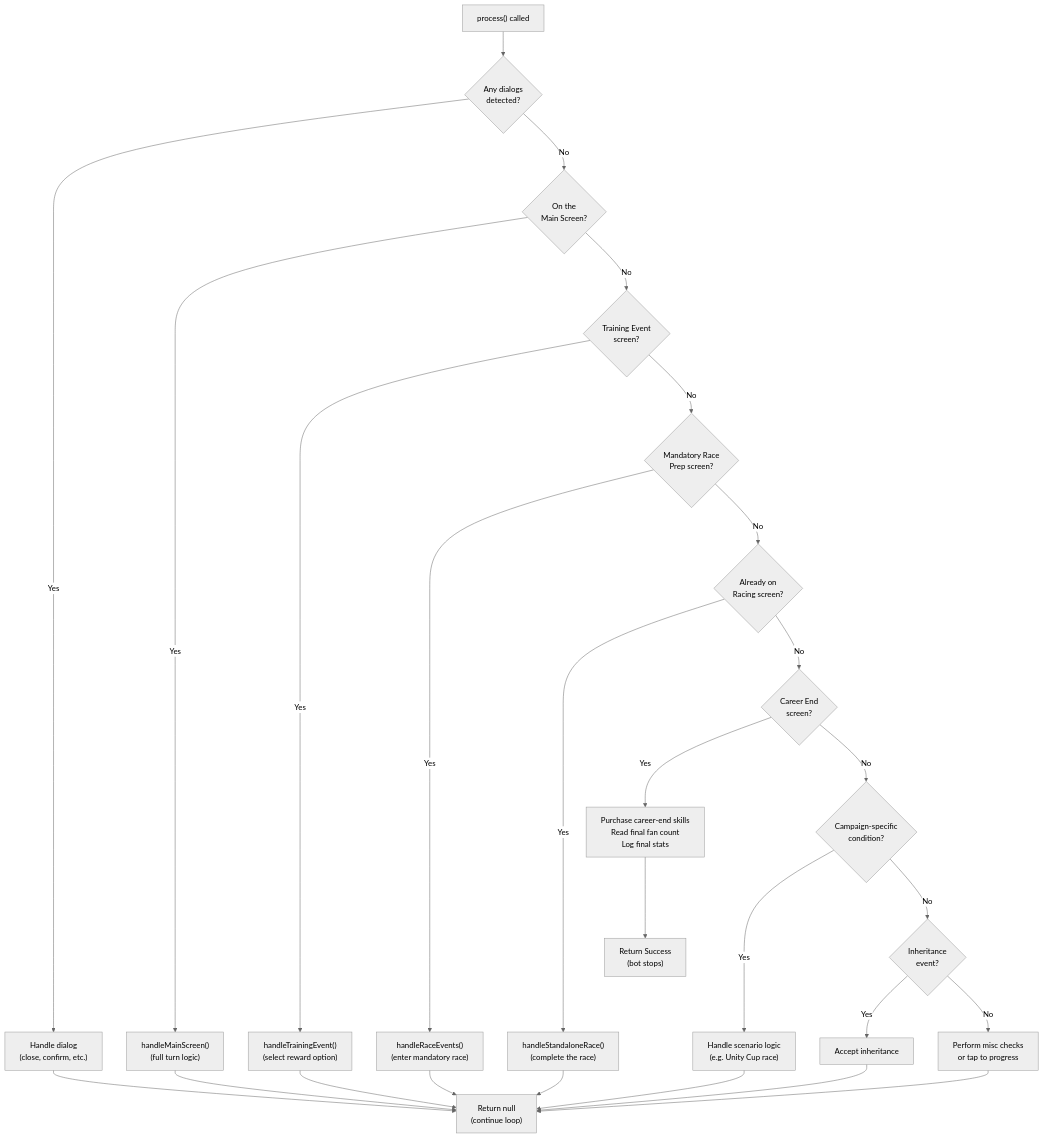
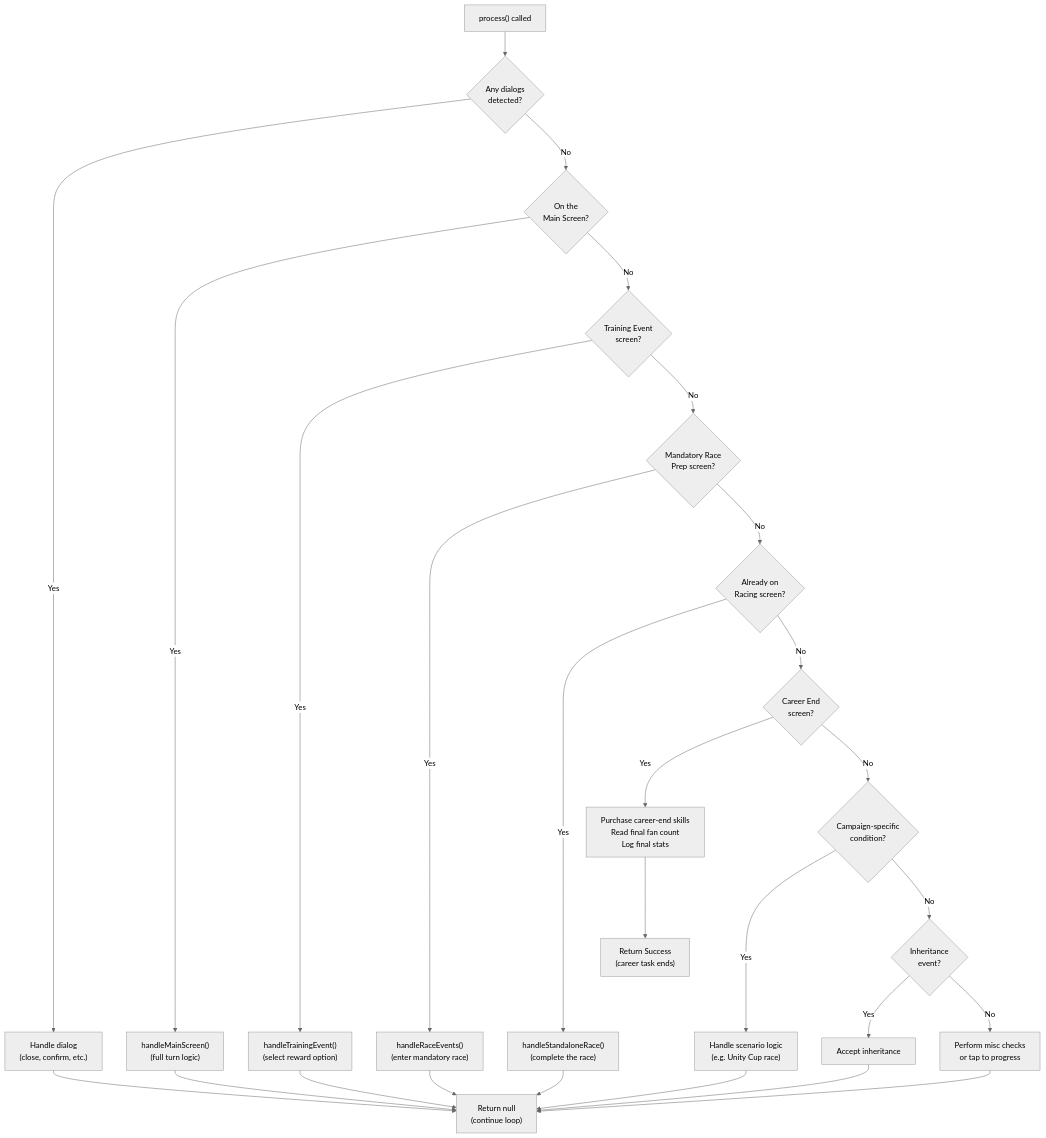
One commit to lhceist41/uma-auto-plus changed the third of 7 diagrams in HOW_IT_WORKS.md. Above: the diagram before and after it, drawn with Mermaid (neutral theme). The commit also changed other lines of this file and 8 other files, not shown here.

````diff
--- a/HOW_IT_WORKS.md
+++ b/HOW_IT_WORKS.md
@@ -139,29 +139,29 @@
 ```mermaid
 flowchart TD
     Start["process() called"] --> Dialogs{"Any dialogs\ndetected?"}
     Dialogs -->|Yes| HandleDialog["Handle dialog\n(close, confirm, etc.)"]
     HandleDialog --> Return["Return null\n(continue loop)"]
     Dialogs -->|No| MainScreen{"On the\nMain Screen?"}
     MainScreen -->|Yes| HandleMain["handleMainScreen()\n(full turn logic)"]
     HandleMain --> Return
     MainScreen -->|No| TrainingEvent{"Training Event\nscreen?"}
     TrainingEvent -->|Yes| HandleEvent["handleTrainingEvent()\n(select reward option)"]
     HandleEvent --> Return
     TrainingEvent -->|No| MandatoryRace{"Mandatory Race\nPrep screen?"}
     MandatoryRace -->|Yes| HandleMandatory["handleRaceEvents()\n(enter mandatory race)"]
     HandleMandatory --> Return
     MandatoryRace -->|No| RacingScreen{"Already on\nRacing screen?"}
     RacingScreen -->|Yes| HandleRace["handleStandaloneRace()\n(complete the race)"]
     HandleRace --> Return
     RacingScreen -->|No| EndScreen{"Career End\nscreen?"}
     EndScreen -->|Yes| FinalUpdate["Purchase career-end skills\nRead final fan count\nLog final stats"]
-    FinalUpdate --> Complete["Return Success\n(bot stops)"]
+    FinalUpdate --> Complete["Return Success\n(career task ends)"]
     EndScreen -->|No| CampaignSpecific{"Campaign-specific\ncondition?"}
     CampaignSpecific -->|Yes| HandleCampaign["Handle scenario logic\n(e.g. Unity Cup race)"]
     HandleCampaign --> Return
     CampaignSpecific -->|No| Inheritance{"Inheritance\nevent?"}
     Inheritance -->|Yes| HandleInherit["Accept inheritance"]
     HandleInherit --> Return
     Inheritance -->|No| Misc["Perform misc checks\nor tap to progress"]
     Misc --> Return
 ```
````
